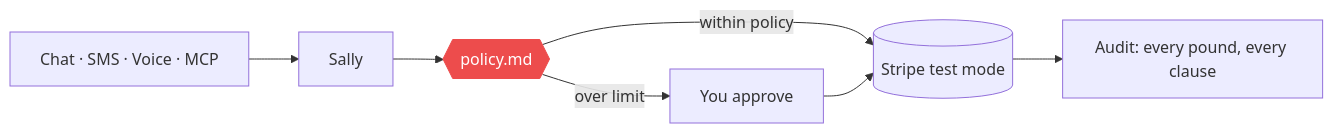
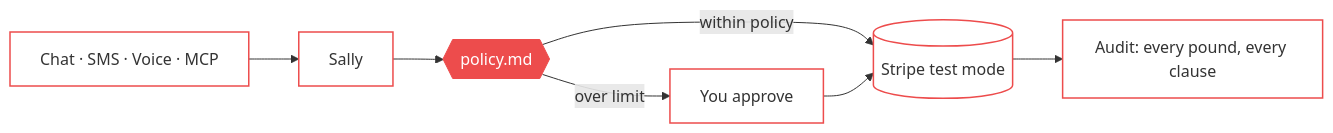
The diagram in README.md (Hey-Salad/agent-offramp), drawn with Mermaid before and after one commit. The commit also changed other lines of this file and 3 other files, not shown here.

Commit message:
docs(readme): light/dark mode logo via <picture>, theme-neutral HeySalad Mermaid styling

````diff
--- a/README.md
+++ b/README.md
@@ -66,10 +73,12 @@
 ```mermaid
 flowchart LR
   A[Chat · SMS · Voice · MCP] --> R[Sally]
   R --> P{{policy.md}}
   P -->|within policy| S[(Stripe test mode)]
   P -->|over limit| H[You approve]
   H --> S
   S --> L[Audit: every pound, every clause]
-  style P fill:#ed4c4c,color:#fff,stroke:#ed4c4c
+  classDef hs fill:none,stroke:#ed4c4c,stroke-width:1.5px
+  class A,R,S,H,L hs
+  style P fill:#ed4c4c,color:#ffffff,stroke:#ed4c4c
 ```
````
